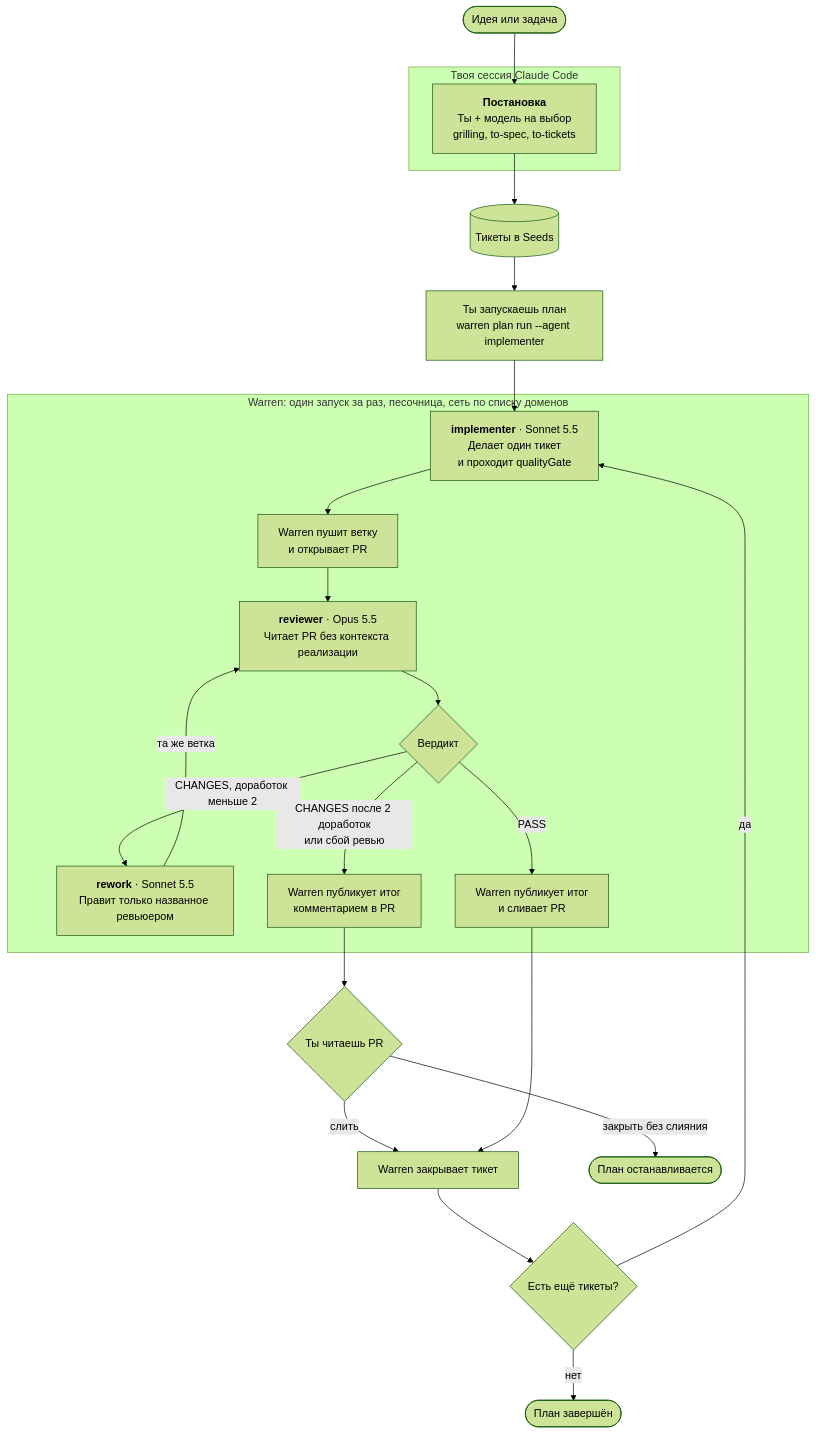
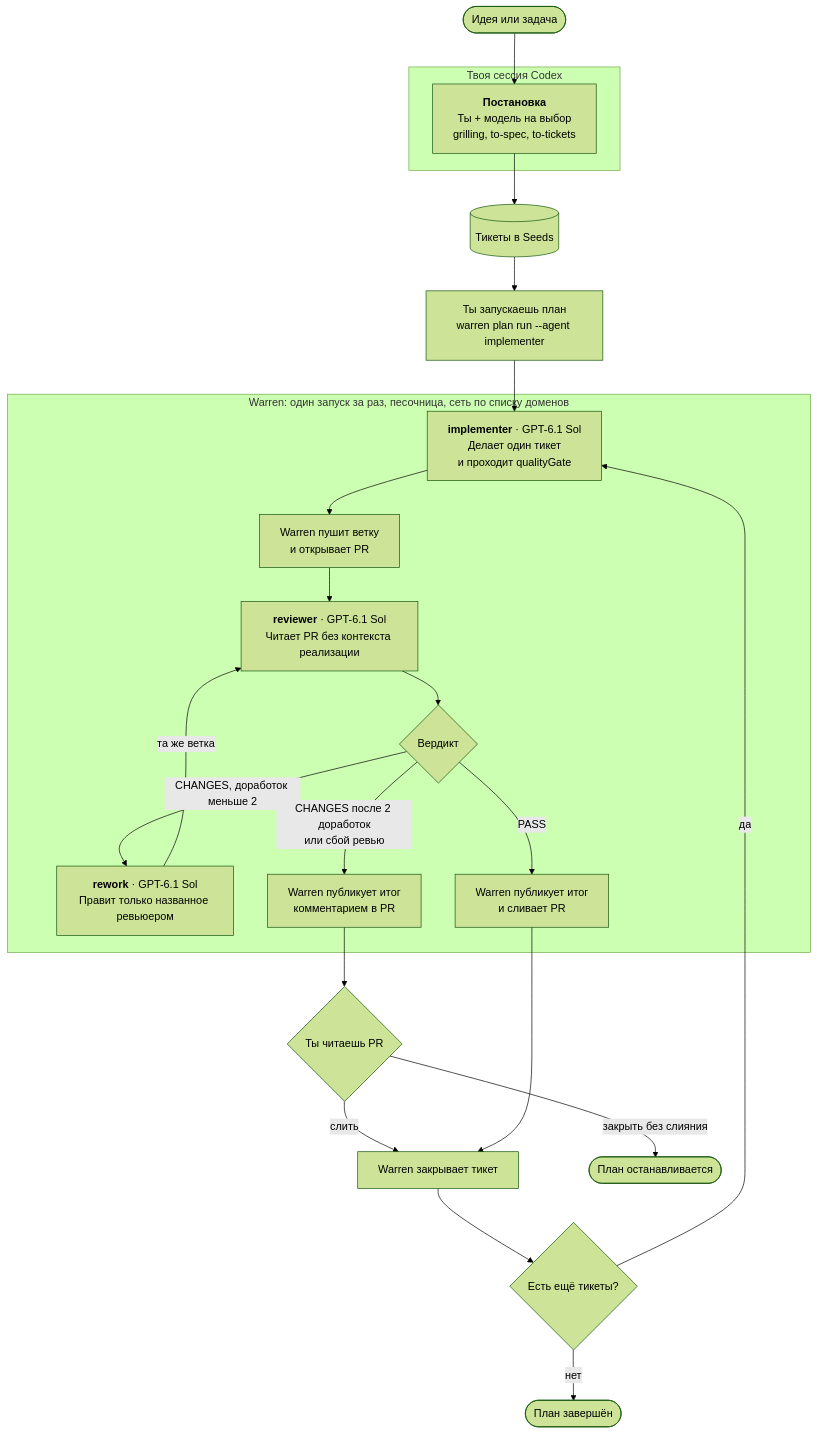
Before and after one commit to leary1337/software-factory: the diagram in README.md, drawn with Mermaid (forest theme). The commit also changed other lines of this file and 57 other files, not shown here.

````diff
--- a/README.md
+++ b/README.md
@@ -9,36 +9,36 @@
 ```mermaid
 flowchart TD
     idea(["Идея или задача"]) --> station
 
-    subgraph session["Твоя сессия Claude Code"]
+    subgraph session["Твоя сессия Codex"]
         station["<b>Постановка</b><br/>Ты + модель на выбор<br/>grilling, to-spec, to-tickets"]
     end
 
     station --> tickets[("Тикеты в Seeds")]
     tickets --> start["Ты запускаешь план<br/>warren plan run --agent implementer"]
 
     subgraph warren["Warren: один запуск за раз, песочница, сеть по списку доменов"]
-        impl["<b>implementer</b> · Sonnet 5.5<br/>Делает один тикет<br/>и проходит qualityGate"]
+        impl["<b>implementer</b> · GPT-6.1 Sol<br/>Делает один тикет<br/>и проходит qualityGate"]
         pr["Warren пушит ветку<br/>и открывает PR"]
-        review["<b>reviewer</b> · Opus 5.5<br/>Читает PR без контекста реализации"]
+        review["<b>reviewer</b> · GPT-6.1 Sol<br/>Читает PR без контекста реализации"]
         verdict{"Вердикт"}
-        rework["<b>rework</b> · Sonnet 5.5<br/>Правит только названное ревьюером"]
+        rework["<b>rework</b> · GPT-6.1 Sol<br/>Правит только названное ревьюером"]
         comment["Warren публикует итог<br/>комментарием в PR"]
         merge["Warren публикует итог<br/>и сливает PR"]
 
         impl --> pr --> review --> verdict
         verdict -- "CHANGES, доработок меньше 2" --> rework
         rework -- "та же ветка" --> review
         verdict -- "PASS" --> merge
         verdict -- "CHANGES после 2 доработок<br/>или сбой ревью" --> comment
     end
 
     start --> impl
     comment --> human{"Ты читаешь PR"}
     human -- "слить" --> close["Warren закрывает тикет"]
     human -- "закрыть без слияния" --> stop(["План останавливается"])
     merge --> close
     close --> next{"Есть ещё тикеты?"}
     next -- "да" --> impl
     next -- "нет" --> done(["План завершён"])
 ```
````
